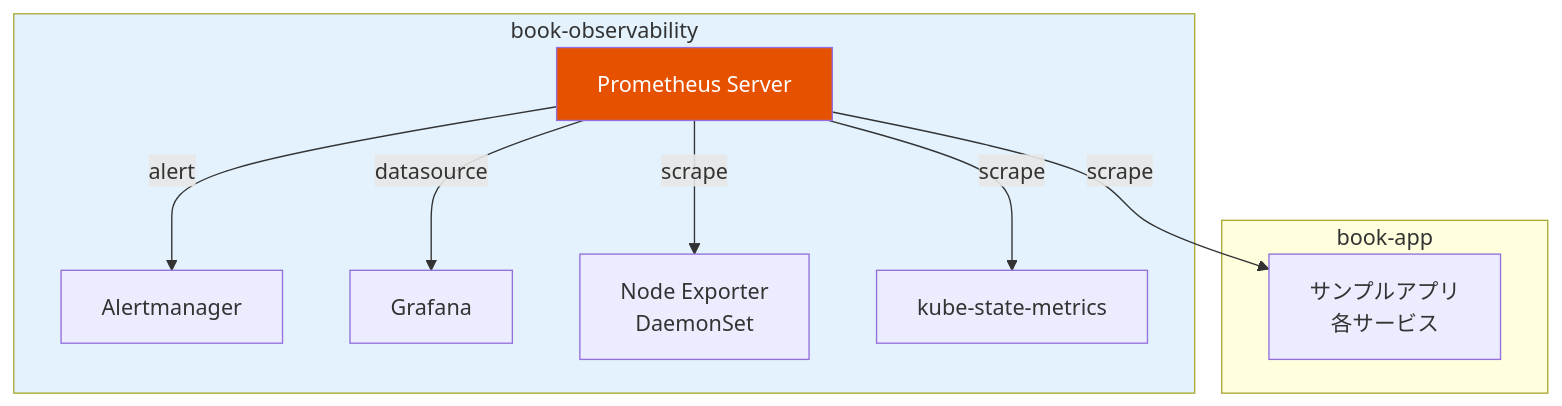
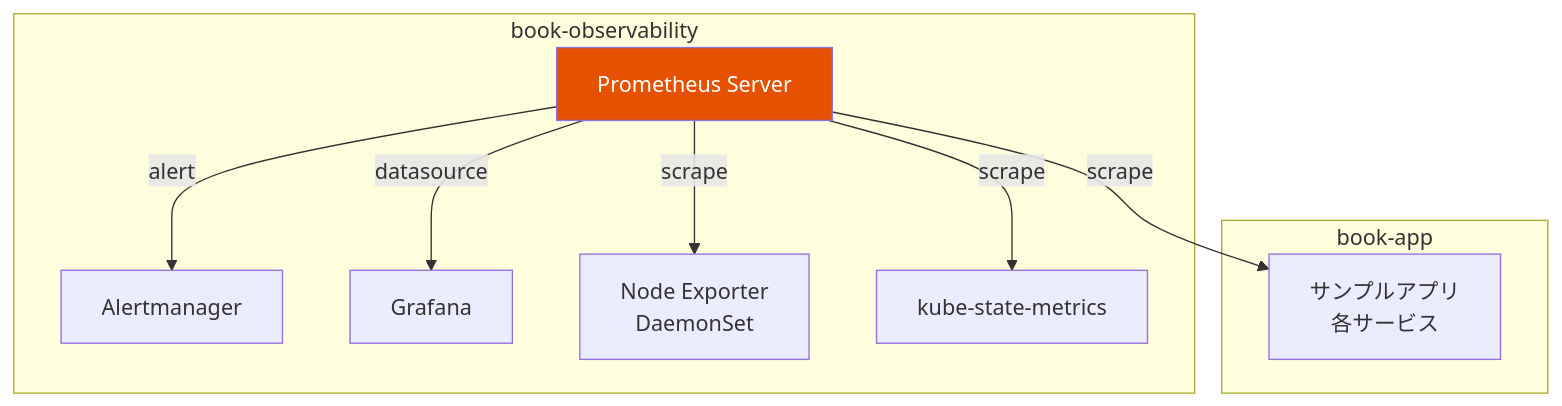
One commit to sogawa-yk/cloudnative-ecosystem-book changed the third of 5 diagrams in manuscript/ch02/ch02.md. Above: the diagram before and after it, drawn with Mermaid. The commit also changed other lines of this file and 5 other files, not shown here.

First line of the commit message:
Mermaid構文エラーを修正（6ファイル）

````diff
--- a/manuscript/ch02/ch02.md
+++ b/manuscript/ch02/ch02.md
@@ -143,23 +143,22 @@
 ```mermaid
 graph TD
-    subgraph book-observability
+    subgraph obs["book-observability"]
         PS[Prometheus Server]
         AM[Alertmanager]
         GF[Grafana]
         NE[Node Exporter<br/>DaemonSet]
         KSM[kube-state-metrics]
     end
 
-    subgraph book-app
+    subgraph app["book-app"]
         App[サンプルアプリ<br/>各サービス]
     end
 
     PS -->|"scrape"| App
     PS -->|"scrape"| NE
     PS -->|"scrape"| KSM
     PS -->|"alert"| AM
     PS -->|"datasource"| GF
 
     style PS fill:#E65100,color:#fff
-    style book-observability fill:#E3F2FD
 ```
````
